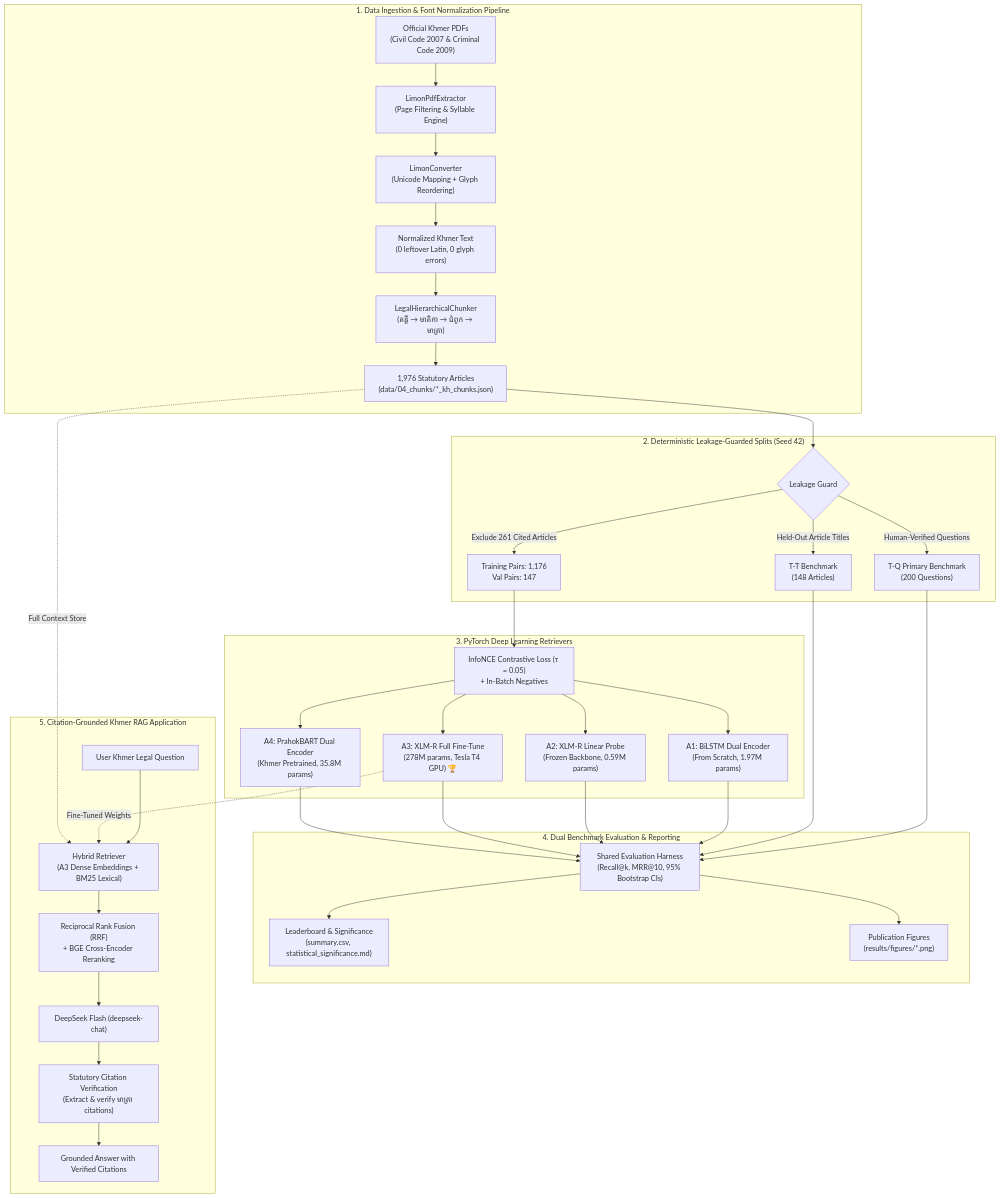
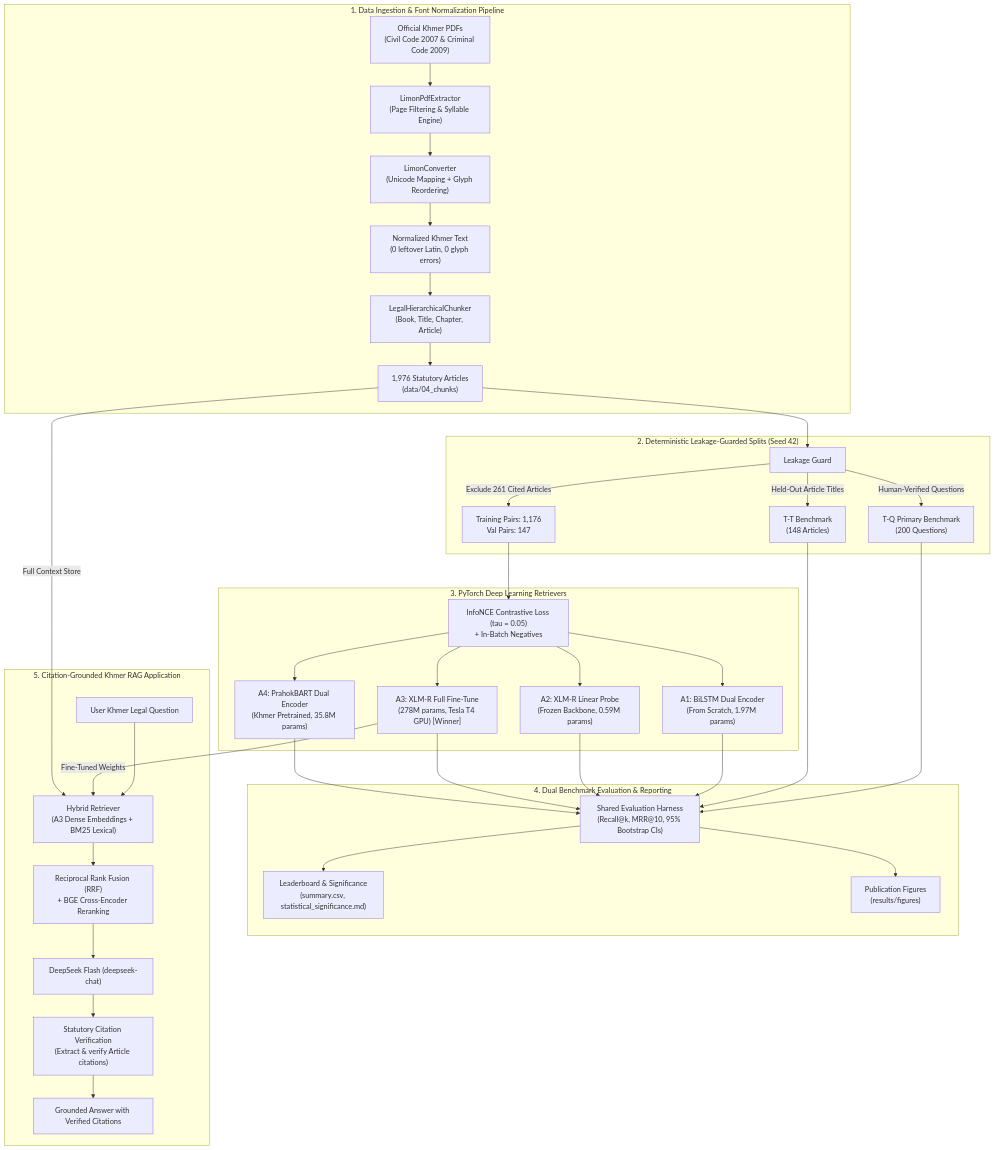
Before and after one commit to mengchheanglong/khmer-legal-retrieval: the first of 2 diagrams in README.md, drawn with Mermaid. The commit also changed other lines of this file and 2 other files, not shown here.

Commit message:
docs(readme): fix GitHub Mermaid rich display error and embed pre-rendered pipeline diagrams

````diff
--- a/README.md
+++ b/README.md
@@ -32,42 +37,70 @@
 ```mermaid
 flowchart TD
     subgraph Data["1. Data Ingestion & Font Normalization Pipeline"]
-        PDF["Official Khmer PDFs<br/>(Civil Code 2007 & Criminal Code 2009)"] --> Extractor["LimonPdfExtractor<br/>(Page Filtering & Syllable Engine)"]
-        Extractor --> Converter["LimonConverter<br/>(Unicode Mapping + Glyph Reordering)"]
-        Converter --> Unicode["Normalized Khmer Text<br/>(0 leftover Latin, 0 glyph errors)"]
-        Unicode --> Chunker["LegalHierarchicalChunker<br/>(គន្ថី → មាតិកា → ជំពូក → មាត្រា)"]
-        Chunker --> Corpus["1,976 Statutory Articles<br/>(data/04_chunks/*_kh_chunks.json)"]
+        PDF["Official Khmer PDFs<br>(Civil Code 2007 & Criminal Code 2009)"] --> Extractor["LimonPdfExtractor<br>(Page Filtering & Syllable Engine)"]
+        Extractor --> Converter["LimonConverter<br>(Unicode Mapping + Glyph Reordering)"]
+        Converter --> Unicode["Normalized Khmer Text<br>(0 leftover Latin, 0 glyph errors)"]
+        Unicode --> Chunker["LegalHierarchicalChunker<br>(Book, Title, Chapter, Article)"]
+        Chunker --> Corpus["1,976 Statutory Articles<br>(data/04_chunks)"]
     end
 
     subgraph Splits["2. Deterministic Leakage-Guarded Splits (Seed 42)"]
-        Corpus --> Guard{"Leakage Guard"}
-        Guard -->|"Exclude 261 Cited Articles"| TrainPairs["Training Pairs: 1,176<br/>Val Pairs: 147"]
-        Guard -->|"Held-Out Article Titles"| TT["T-T Benchmark<br/>(148 Articles)"]
-        Guard -->|"Human-Verified Questions"| TQ["T-Q Primary Benchmark<br/>(200 Questions)"]
+        Guard["Leakage Guard"]
+        TrainPairs["Training Pairs: 1,176<br>Val Pairs: 147"]
+        TT["T-T Benchmark<br>(148 Articles)"]
+        TQ["T-Q Primary Benchmark<br>(200 Questions)"]
+        
+        Guard -->|"Exclude 261 Cited Articles"| TrainPairs
+        Guard -->|"Held-Out Article Titles"| TT
+        Guard -->|"Human-Verified Questions"| TQ
     end
 
     subgraph DL["3. PyTorch Deep Learning Retrievers"]
-        TrainPairs --> Loss["InfoNCE Contrastive Loss (τ = 0.05)<br/>+ In-Batch Negatives"]
-        Loss --> A1["A1: BiLSTM Dual Encoder<br/>(From Scratch, 1.97M params)"]
-        Loss --> A2["A2: XLM-R Linear Probe<br/>(Frozen Backbone, 0.59M params)"]
-        Loss --> A3["A3: XLM-R Full Fine-Tune<br/>(278M params, Tesla T4 GPU) 🏆"]
-        Loss --> A4["A4: PrahokBART Dual Encoder<br/>(Khmer Pretrained, 35.8M params)"]
+        Loss["InfoNCE Contrastive Loss (tau = 0.05)<br>+ In-Batch Negatives"]
+        A1["A1: BiLSTM Dual Encoder<br>(From Scratch, 1.97M params)"]
+        A2["A2: XLM-R Linear Probe<br>(Frozen Backbone, 0.59M params)"]
+        A3["A3: XLM-R Full Fine-Tune<br>(278M params, Tesla T4 GPU) [Winner]"]
+        A4["A4: PrahokBART Dual Encoder<br>(Khmer Pretrained, 35.8M params)"]
+        
+        Loss --> A1
+        Loss --> A2
+        Loss --> A3
+        Loss --> A4
     end
 
     subgraph Eval["4. Dual Benchmark Evaluation & Reporting"]
-        TQ & TT --> Harness["Shared Evaluation Harness<br/>(Recall@k, MRR@10, 95% Bootstrap CIs)"]
-        A1 & A2 & A3 & A4 --> Harness
-        Harness --> Tables["Leaderboard & Significance<br/>(summary.csv, statistical_significance.md)"]
-        Harness --> Plots["Publication Figures<br/>(results/figures/*.png)"]
+        Harness["Shared Evaluation Harness<br>(Recall@k, MRR@10, 95% Bootstrap CIs)"]
+        Tables["Leaderboard & Significance<br>(summary.csv, statistical_significance.md)"]
+        Plots["Publication Figures<br>(results/figures)"]
+        
+        Harness --> Tables
+        Harness --> Plots
     end
 
     subgraph App["5. Citation-Grounded Khmer RAG Application"]
-        UserQ["User Khmer Legal Question"] --> Retriever["Hybrid Retriever<br/>(A3 Dense Embeddings + BM25 Lexical)"]
-        A3 -.->|"Fine-Tuned Weights"| Retriever
-        Corpus -.->|"Full Context Store"| Retriever
-        Retriever --> Rerank["Reciprocal Rank Fusion (RRF)<br/>+ BGE Cross-Encoder Reranking"]
-        Rerank --> LLM["DeepSeek Flash (deepseek-chat)"]
-        LLM --> Verify["Statutory Citation Verification<br/>(Extract & verify មាត្រា citations)"]
-        Verify --> Answer["Grounded Answer with Verified Citations"]
+        UserQ["User Khmer Legal Question"]
+        Retriever["Hybrid Retriever<br>(A3 Dense Embeddings + BM25 Lexical)"]
+        Rerank["Reciprocal Rank Fusion (RRF)<br>+ BGE Cross-Encoder Reranking"]
+        LLM["DeepSeek Flash (deepseek-chat)"]
+        Verify["Statutory Citation Verification<br>(Extract & verify Article citations)"]
+        Answer["Grounded Answer with Verified Citations"]
+        
+        UserQ --> Retriever
+        Retriever --> Rerank
+        Rerank --> LLM
+        LLM --> Verify
+        Verify --> Answer
     end
+
+    %% Inter-subgraph connections
+    Corpus --> Guard
+    TrainPairs --> Loss
+    TQ --> Harness
+    TT --> Harness
+    A1 --> Harness
+    A2 --> Harness
+    A3 --> Harness
+    A4 --> Harness
+    A3 -->|"Fine-Tuned Weights"| Retriever
+    Corpus -->|"Full Context Store"| Retriever
 ```
````
